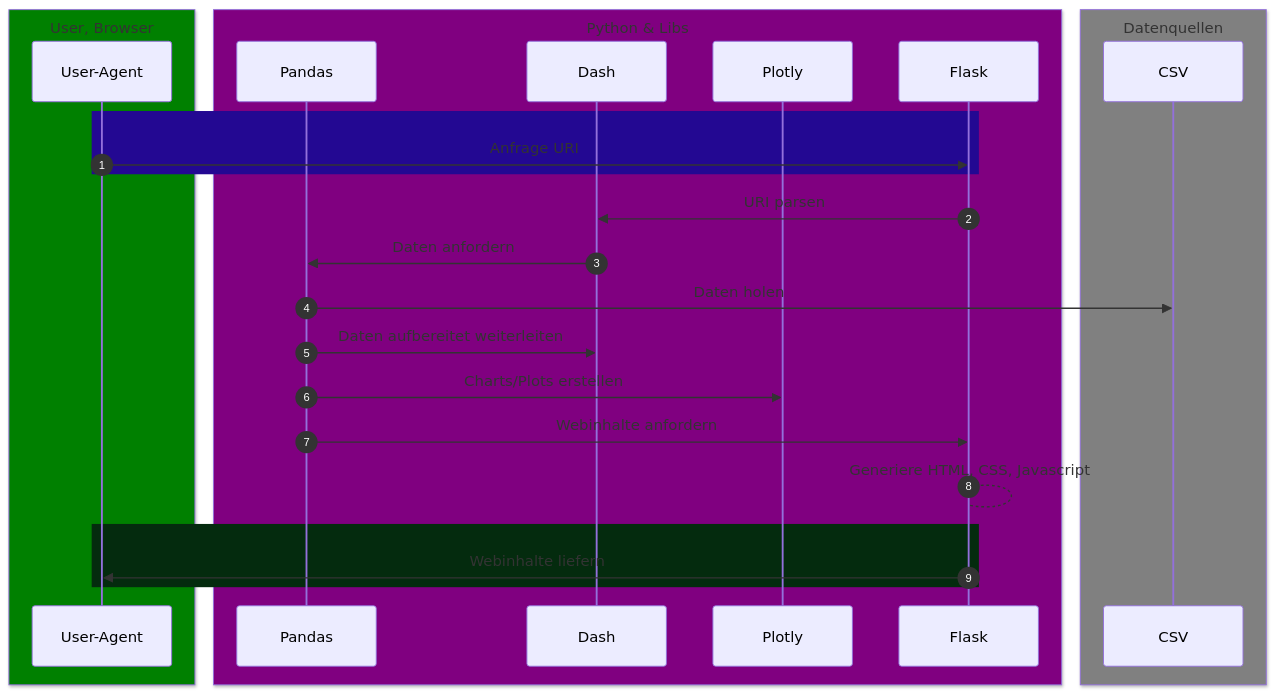
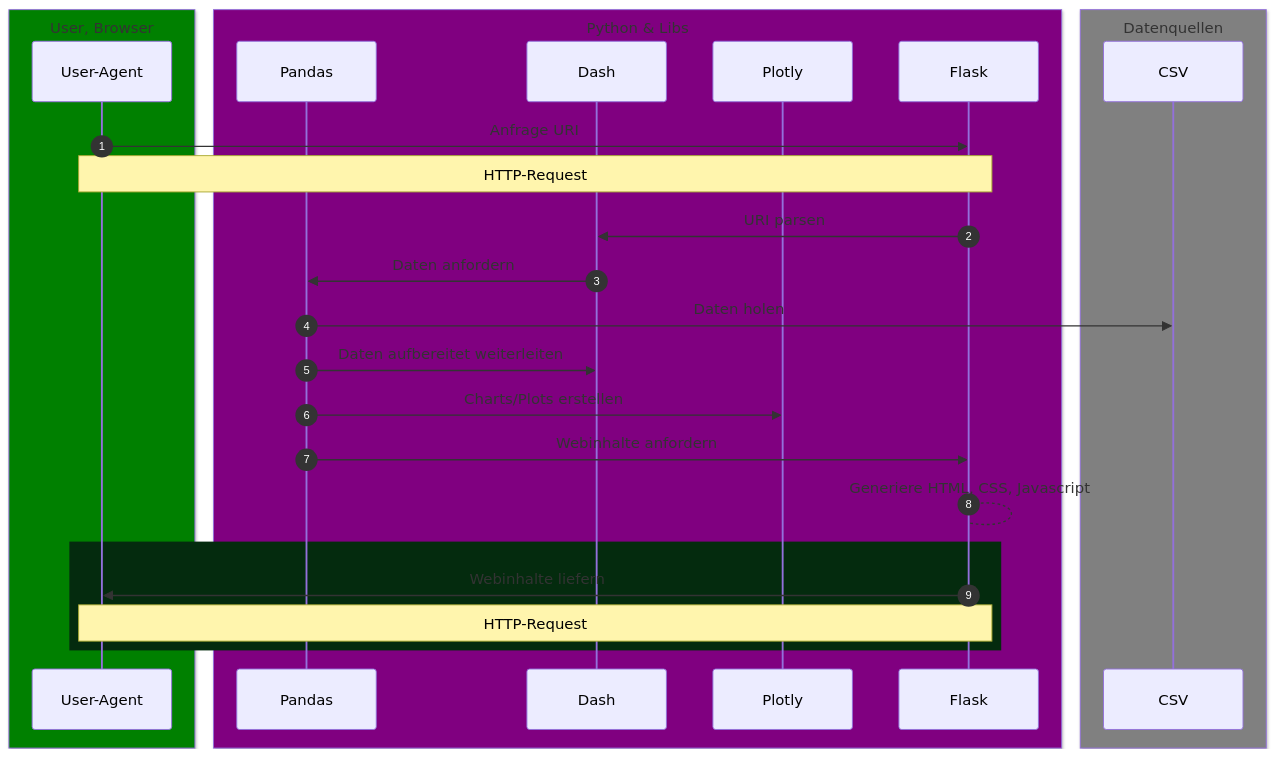
Before and after one commit to SchrodtSven/hca: the diagram in doq/dad2.md, drawn with Mermaid.

````diff
--- a/doq/dad2.md
+++ b/doq/dad2.md
@@ -3,36 +3,37 @@
 ```mermaid
 sequenceDiagram
 autonumber
     
     box Green User, Browser
     participant User-Agent
     end
 
     box Purple Python & Libs
     participant Pandas
     participant Dash
     participant Plotly
     participant Flask
     end
 
     box gray Datenquellen
     participant CSV
     end
-    rect rgba(35, 8, 146, 1)
-        User-Agent->>Flask: Anfrage URI
-    end
+    
+    User-Agent->>Flask: Anfrage URI
+    Note over User-Agent, Flask: HTTP-Request
+    
     Flask->>Dash: URI parsen
     Dash->>Pandas: Daten anfordern
     Pandas ->> CSV: Daten holen
     Pandas ->> Dash: Daten aufbereitet weiterleiten
     Pandas ->> Plotly: Charts/Plots erstellen
     Pandas ->> Flask: Webinhalte anfordern 
     Flask --> Flask: Generiere HTML, CSS, Javascript
     rect rgba(4, 43, 14, 1)
     Flask->>User-Agent: Webinhalte liefern
-    
+    Note over User-Agent, Flask: HTTP-Request
     end
 
    
    
 ```
````
